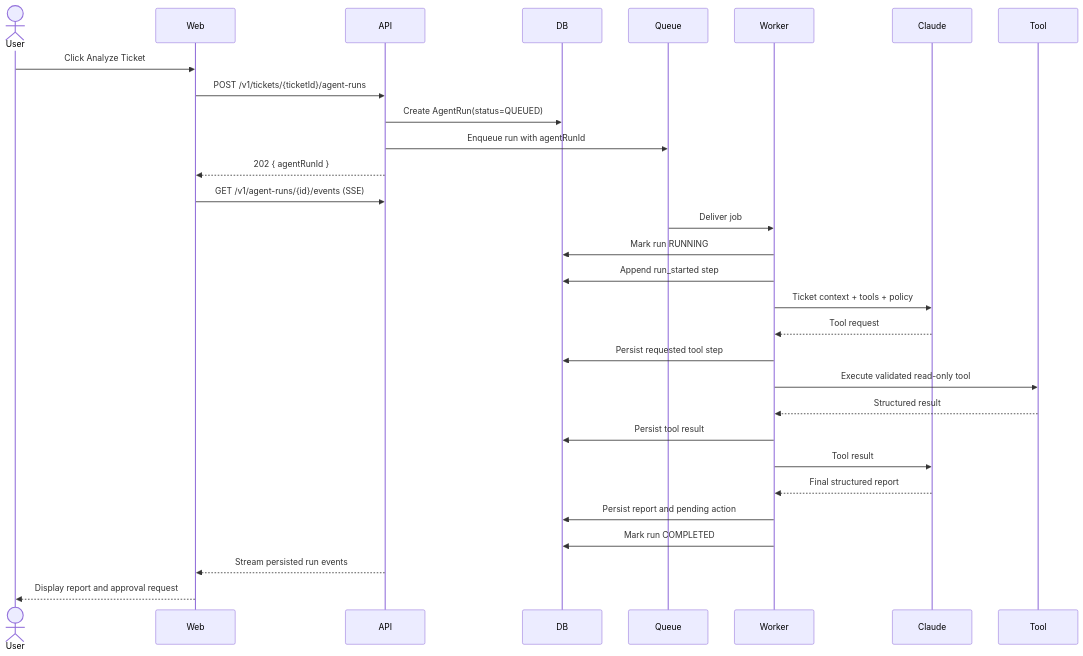
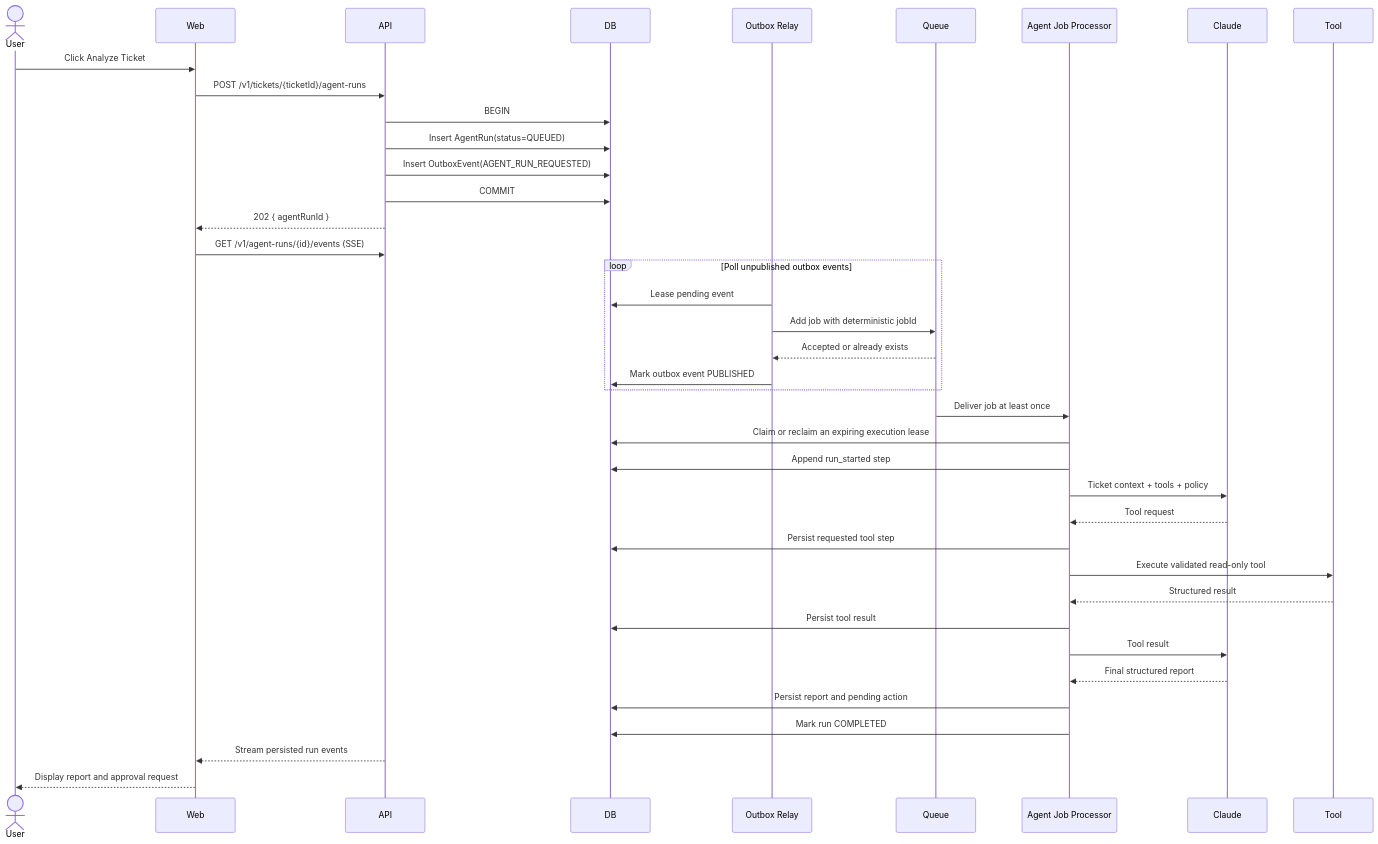
The third of 9 diagrams in docs/03-technical-design.md (wye-ts/opspilot), drawn with Mermaid before and after one commit. The commit also changed other lines of this file, not shown here.

Commit message:
Add transactional outbox design

````diff
--- a/docs/03-technical-design.md
+++ b/docs/03-technical-design.md
@@ -246,33 +263,45 @@
 ```mermaid
 sequenceDiagram
     actor User
     participant Web
     participant API
     participant DB
+    participant Relay as Outbox Relay
     participant Queue
-    participant Worker
+    participant Worker as Agent Job Processor
     participant Claude
     participant Tool
 
     User->>Web: Click Analyze Ticket
     Web->>API: POST /v1/tickets/{ticketId}/agent-runs
-    API->>DB: Create AgentRun(status=QUEUED)
-    API->>Queue: Enqueue run with agentRunId
+    API->>DB: BEGIN
+    API->>DB: Insert AgentRun(status=QUEUED)
+    API->>DB: Insert OutboxEvent(AGENT_RUN_REQUESTED)
+    API->>DB: COMMIT
     API-->>Web: 202 { agentRunId }
+
     Web->>API: GET /v1/agent-runs/{id}/events (SSE)
-    Queue->>Worker: Deliver job
-    Worker->>DB: Mark run RUNNING
+
+    loop Poll unpublished outbox events
+        Relay->>DB: Lease pending event
+        Relay->>Queue: Add job with deterministic jobId
+        Queue-->>Relay: Accepted or already exists
+        Relay->>DB: Mark outbox event PUBLISHED
+    end
+
+    Queue->>Worker: Deliver job at least once
+    Worker->>DB: Claim or reclaim an expiring execution lease
     Worker->>DB: Append run_started step
     Worker->>Claude: Ticket context + tools + policy
     Claude-->>Worker: Tool request
     Worker->>DB: Persist requested tool step
     Worker->>Tool: Execute validated read-only tool
     Tool-->>Worker: Structured result
     Worker->>DB: Persist tool result
     Worker->>Claude: Tool result
     Claude-->>Worker: Final structured report
     Worker->>DB: Persist report and pending action
     Worker->>DB: Mark run COMPLETED
     API-->>Web: Stream persisted run events
     Web-->>User: Display report and approval request
 ```
````
